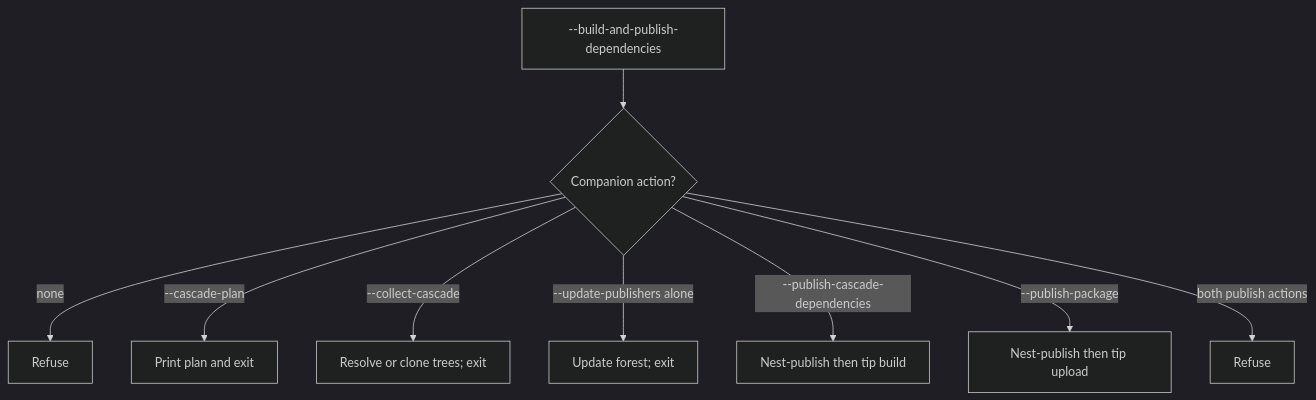
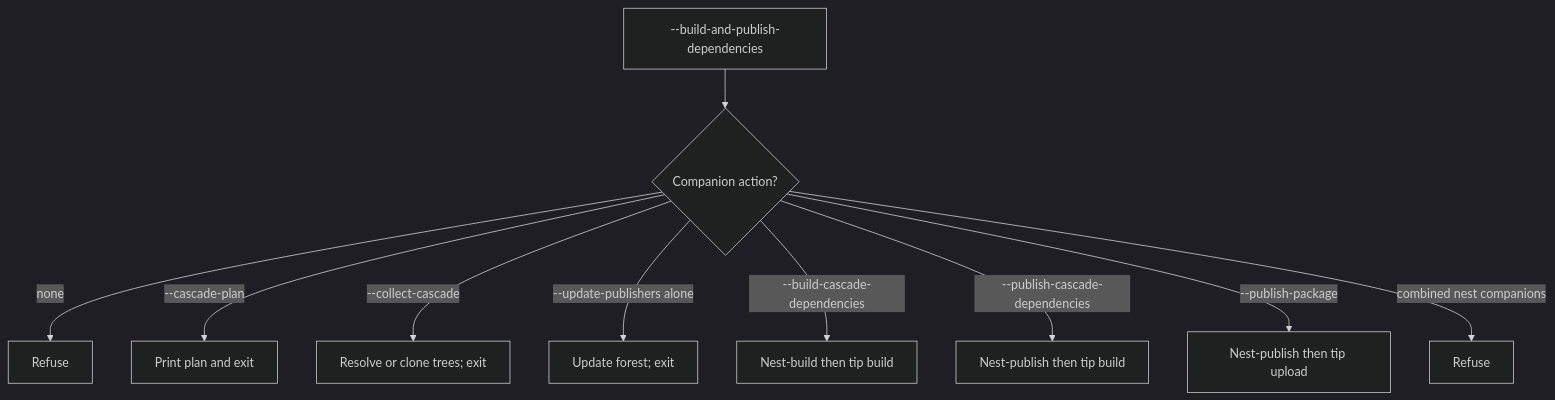
The first of 4 diagrams in docs/modules/ROOT/pages/dependencies/publishing/cascade.adoc (ja11sop/cuppa), drawn with Mermaid (dark theme) before and after one commit. The commit also changed other lines of this file and 14 other files, not shown here.

First line of the commit message:
Add --build-cascade-dependencies for nest-build without upload

```diff
--- a/docs/modules/ROOT/pages/dependencies/publishing/cascade.adoc
+++ b/docs/modules/ROOT/pages/dependencies/publishing/cascade.adoc
@@ -62,13 +74,14 @@
 [mermaid]
 ....
 flowchart TD
   enable["--build-and-publish-dependencies"]
   enable --> choose{Companion action?}
   choose -->|none| refuse[Refuse]
   choose -->|--cascade-plan| plan[Print plan and exit]
   choose -->|--collect-cascade| collect[Resolve or clone trees; exit]
   choose -->|--update-publishers alone| update[Update forest; exit]
-  choose -->|--publish-cascade-dependencies| nestBuild[Nest-publish then tip build]
+  choose -->|--build-cascade-dependencies| nestBuildOnly[Nest-build then tip build]
+  choose -->|--publish-cascade-dependencies| nestPublishBuild[Nest-publish then tip build]
   choose -->|--publish-package| nestUpload[Nest-publish then tip upload]
-  choose -->|both publish actions| refuseBoth[Refuse]
+  choose -->|combined nest companions| refuseBoth[Refuse]
 ....
```
